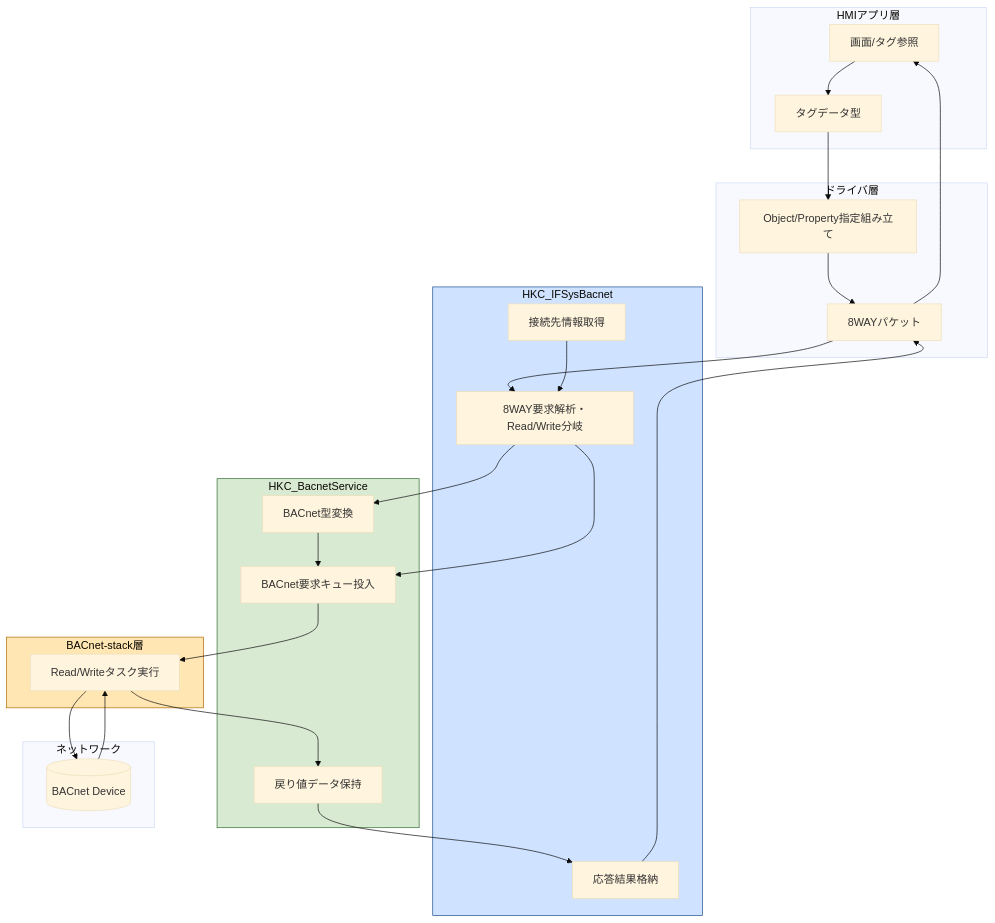
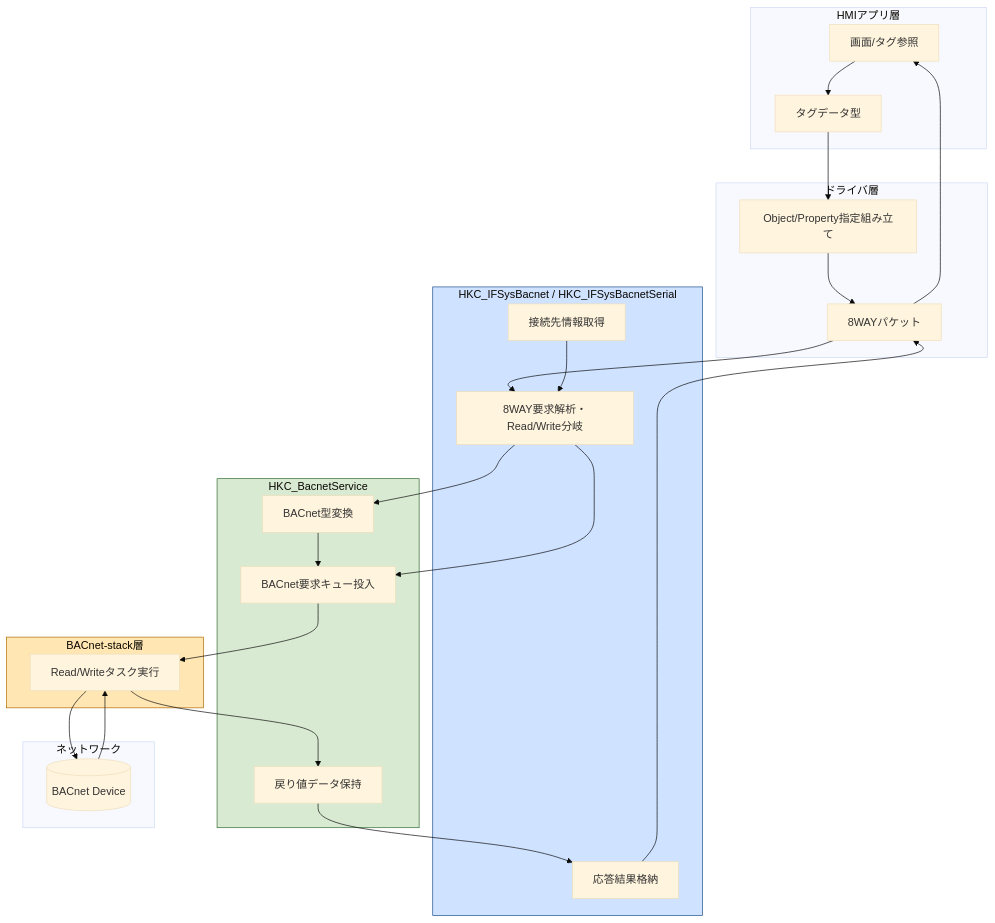
The second of 5 diagrams in bacnet.md (moto046/markdown-test), drawn with Mermaid (base theme) before and after one commit. The commit also changed other lines of this file, not shown here.

````diff
--- a/bacnet.md
+++ b/bacnet.md
@@ -32,38 +52,38 @@
 ```mermaid
 graph TD
     subgraph App[HMIアプリ層]
       UI[画面/タグ参照]
       Tag[タグデータ型]
     end
     subgraph Drv[ドライバ層]
       Pkt[8WAYパケット]
       Obj[Object/Property指定組み立て]
     end
-    subgraph IF[HKC_IFSysBacnet]
+    subgraph IF[HKC_IFSysBacnet / HKC_IFSysBacnetSerial]
       Req[8WAY要求解析・Read/Write分岐]
       Hand[接続先情報取得]
       Resp[応答結果格納]
     end
     subgraph Svc[HKC_BacnetService]
       Conv[BACnet型変換]
       APDU[BACnet要求キュー投入]
       Ret[戻り値データ保持]
     end
     subgraph Stack[BACnet-stack層]
       Task[Read/Writeタスク実行]
     end
     subgraph Net[ネットワーク]
       Dev[(BACnet Device)]
     end
 
     UI --> Tag --> Obj --> Pkt --> Req
     Hand --> Req
     Req --> APDU
     Req --> Conv
     Conv --> APDU --> Task --> Dev
     Dev --> Task --> Ret --> Resp --> Pkt --> UI
 
     style IF fill:#cfe2ff,stroke:#1a4d8c
     style Svc fill:#d9ead3,stroke:#2f6b2f
     style Stack fill:#ffe6b3,stroke:#b06a00
 ```
````
